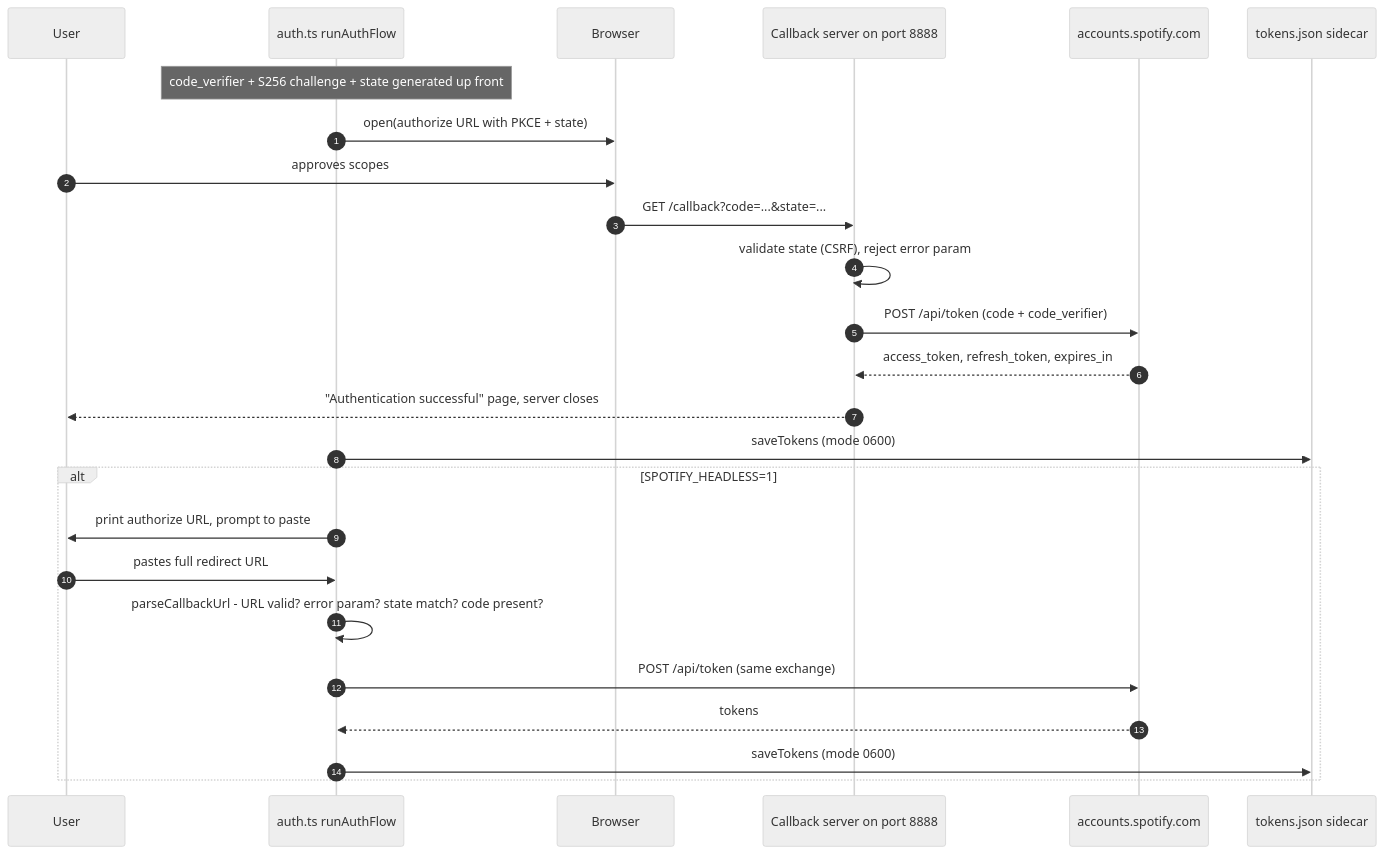
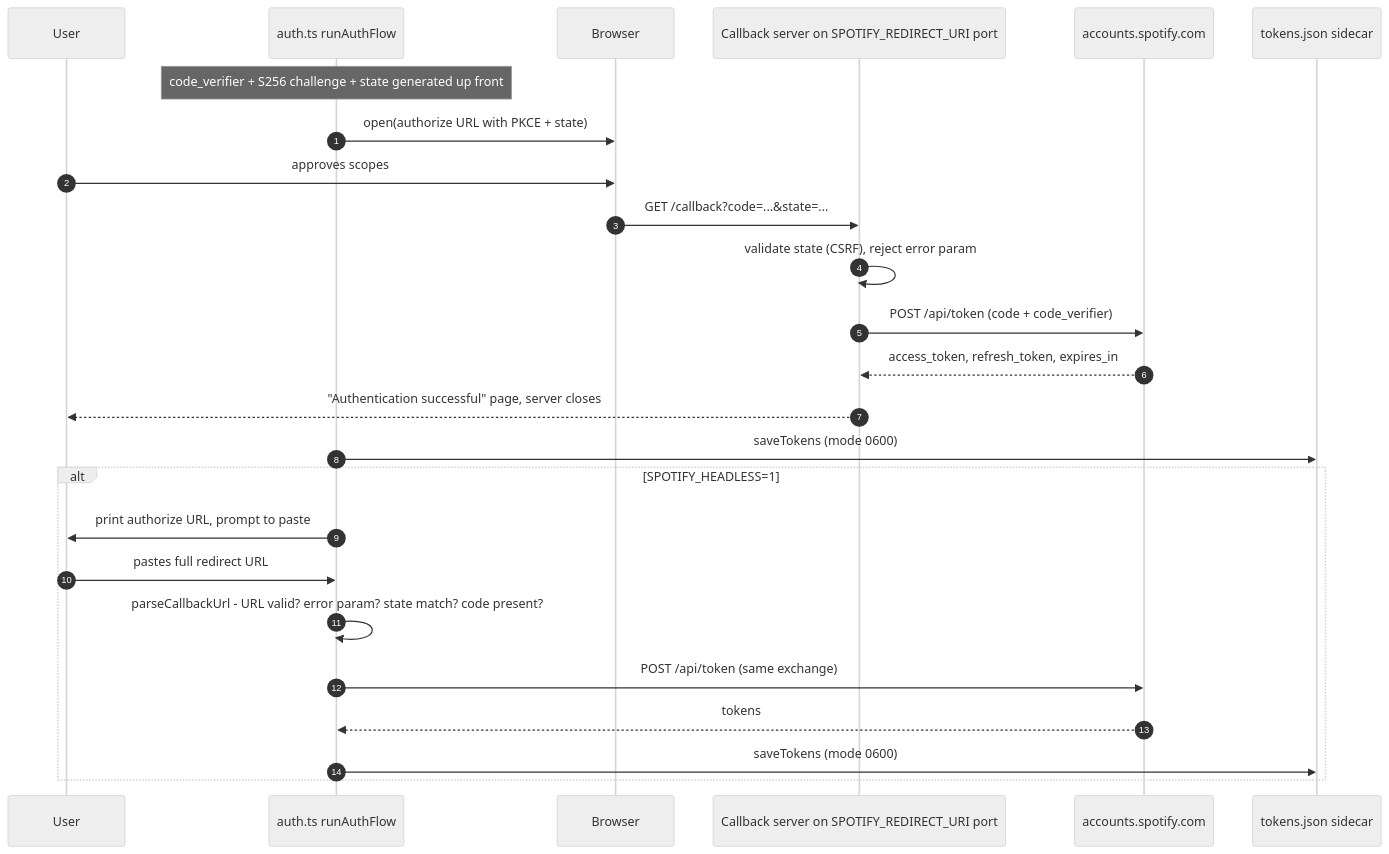
One commit to NovaLux12/spotify-mcp-server changed the second of 2 diagrams in ARCHITECTURE.md. Above: the diagram before and after it, drawn with Mermaid (neutral theme). The commit also changed other lines of this file and 7 other files, not shown here.

````diff
--- a/ARCHITECTURE.md
+++ b/ARCHITECTURE.md
@@ -48,29 +50,29 @@
 ```mermaid
 sequenceDiagram
     autonumber
     participant U as User
     participant A as auth.ts runAuthFlow
     participant B as Browser
-    participant CB as Callback server on port 8888
+    participant CB as Callback server on SPOTIFY_REDIRECT_URI port
     participant S as accounts.spotify.com
     participant F as tokens.json sidecar
 
     Note over A: code_verifier + S256 challenge + state generated up front
     A->>B: open(authorize URL with PKCE + state)
     U->>B: approves scopes
     B->>CB: GET /callback?code=...&state=...
     CB->>CB: validate state (CSRF), reject error param
     CB->>S: POST /api/token (code + code_verifier)
     S-->>CB: access_token, refresh_token, expires_in
     CB-->>U: "Authentication successful" page, server closes
     A->>F: saveTokens (mode 0600)
 
     alt SPOTIFY_HEADLESS=1
         A->>U: print authorize URL, prompt to paste
         U->>A: pastes full redirect URL
         A->>A: parseCallbackUrl - URL valid? error param? state match? code present?
         A->>S: POST /api/token (same exchange)
         S-->>A: tokens
         A->>F: saveTokens (mode 0600)
     end
 ```
````
